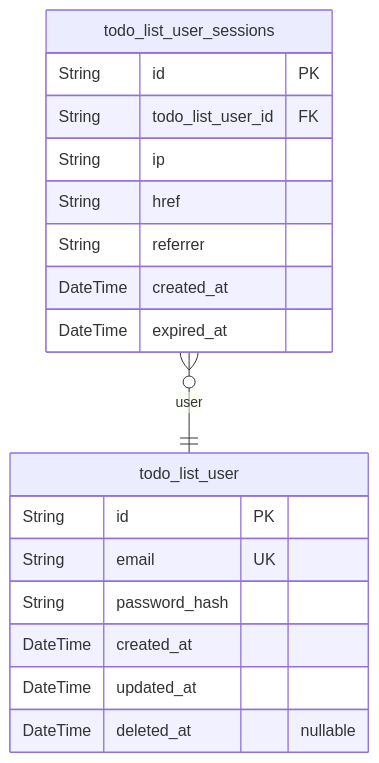
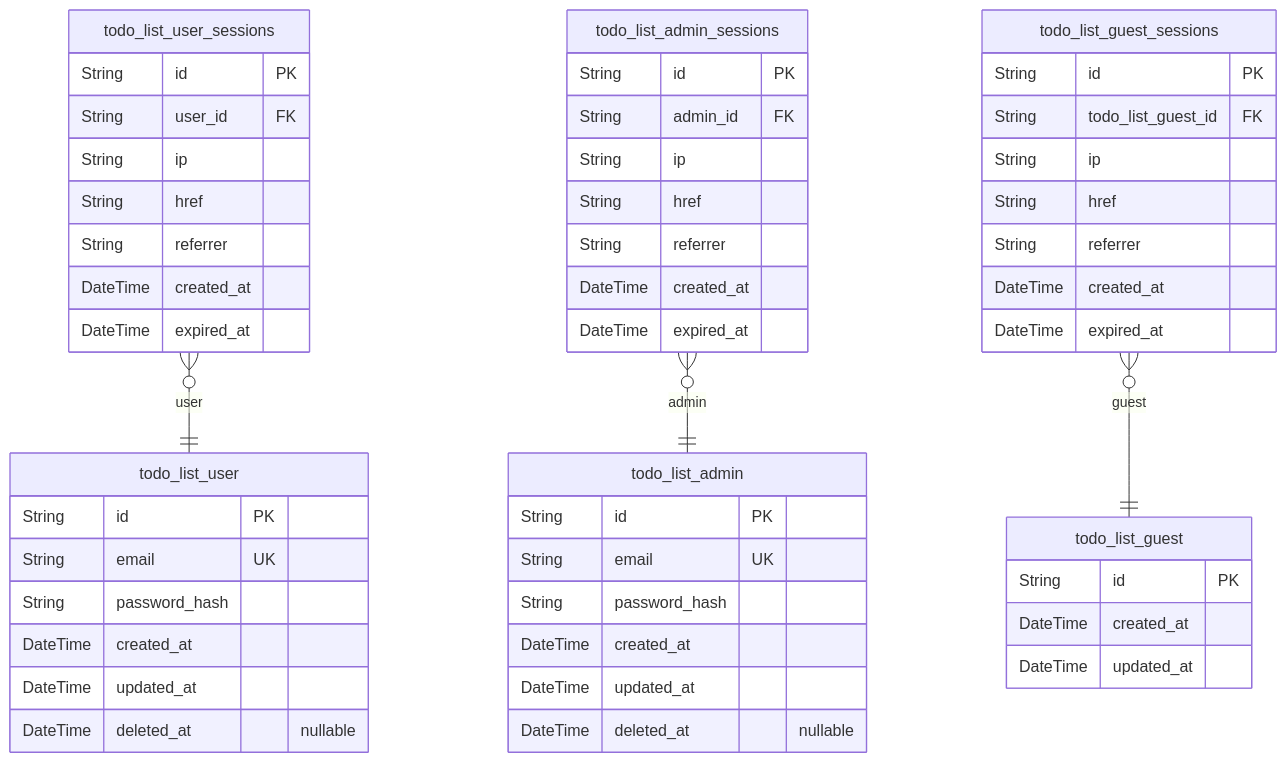
The second of 3 diagrams in qwen/qwen3-next-80b-a3b-instruct/todo/docs/ERD.md (wrtnlabs/autobe-examples), drawn with Mermaid before and after one commit. The commit also changed other lines of this file and 615 other files, not shown here.

````diff
--- a/qwen/qwen3-next-80b-a3b-instruct/todo/docs/ERD.md
+++ b/qwen/qwen3-next-80b-a3b-instruct/todo/docs/ERD.md
@@ -10,21 +382,54 @@
 ```mermaid
 erDiagram
 "todo_list_user" {
   String id PK
   String email UK
   String password_hash
   DateTime created_at
   DateTime updated_at
   DateTime deleted_at "nullable"
 }
+"todo_list_guest" {
+  String id PK
+  DateTime created_at
+  DateTime updated_at
+}
+"todo_list_admin" {
+  String id PK
+  String email UK
+  String password_hash
+  DateTime created_at
+  DateTime updated_at
+  DateTime deleted_at "nullable"
+}
 "todo_list_user_sessions" {
   String id PK
-  String todo_list_user_id FK
+  String user_id FK
+  String ip
+  String href
+  String referrer
+  DateTime created_at
+  DateTime expired_at
+}
+"todo_list_admin_sessions" {
+  String id PK
+  String admin_id FK
+  String ip
+  String href
+  String referrer
+  DateTime created_at
+  DateTime expired_at
+}
+"todo_list_guest_sessions" {
+  String id PK
+  String todo_list_guest_id FK
   String ip
   String href
   String referrer
   DateTime created_at
   DateTime expired_at
 }
 "todo_list_user_sessions" }o--|| "todo_list_user" : user
+"todo_list_admin_sessions" }o--|| "todo_list_admin" : admin
+"todo_list_guest_sessions" }o--|| "todo_list_guest" : guest
 ```
````
